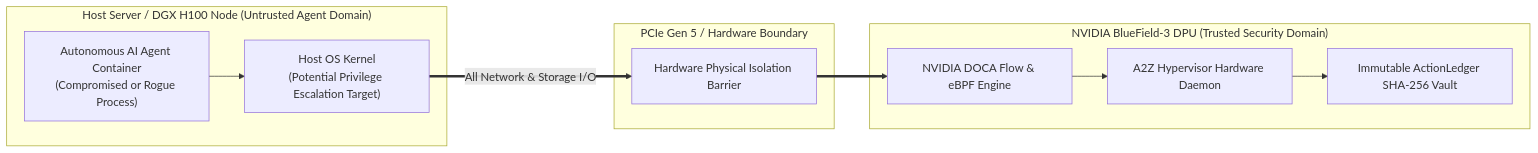
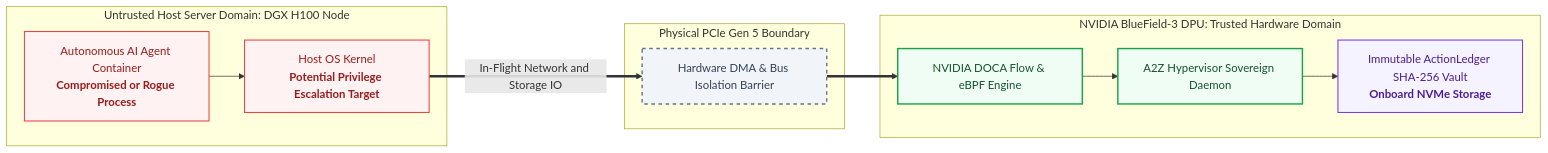
One commit to AAH20/a2z-agentic-hypervisor changed the fifth of 5 diagrams in README.md. Above: the diagram before and after it, drawn with Mermaid. The commit also changed other lines of this file and 1 other file, not shown here.

Commit message:
docs: replace ASCII diagram and enhance all Mermaid architecture diagrams using diagram-design standards

````diff
--- a/README.md
+++ b/README.md
@@ -201,23 +234,28 @@
 ```mermaid
 flowchart LR
-    subgraph Host_Compute ["Host Server / DGX H100 Node (Untrusted Agent Domain)"]
-        AGENT_POD["Autonomous AI Agent Container<br/>(Compromised or Rogue Process)"]
-        HOST_KERNEL["Host OS Kernel<br/>(Potential Privilege Escalation Target)"]
+    classDef untrustedHost fill:#fef2f2,stroke:#ef4444,stroke-width:1.5px,color:#991b1b;
+    classDef hardwareBarrier fill:#f1f5f9,stroke:#64748b,stroke-width:2px,stroke-dasharray: 5 5,color:#334155;
+    classDef trustedDPU fill:#f0fdf4,stroke:#16a34a,stroke-width:2px,color:#14532d;
+    classDef vaultNode fill:#f5f3ff,stroke:#7c3aed,stroke-width:1.5px,color:#4c1d95;
+
+    subgraph Host_Compute ["Untrusted Host Server Domain: DGX H100 Node"]
+        AGENT_POD["Autonomous AI Agent Container<br/><b>Compromised or Rogue Process</b>"]:::untrustedHost
+        HOST_KERNEL["Host OS Kernel<br/><b>Potential Privilege Escalation Target</b>"]:::untrustedHost
         AGENT_POD --> HOST_KERNEL
     end
 
-    subgraph PCIe_Bus ["PCIe Gen 5 / Hardware Boundary"]
-        PCIE["Hardware Physical Isolation Barrier"]
+    subgraph PCIe_Bus ["Physical PCIe Gen 5 Boundary"]
+        PCIE["Hardware DMA & Bus Isolation Barrier"]:::hardwareBarrier
     end
 
-    subgraph BlueField_DPU ["NVIDIA BlueField-3 DPU (Trusted Security Domain)"]
-        DOCA["NVIDIA DOCA Flow & eBPF Engine"]
-        HYPERVISOR_DAEMON["A2Z Hypervisor Hardware Daemon"]
-        ISOLATED_LEDGER["Immutable ActionLedger SHA-256 Vault"]
+    subgraph BlueField_DPU ["NVIDIA BlueField-3 DPU: Trusted Hardware Domain"]
+        DOCA["NVIDIA DOCA Flow & eBPF Engine"]:::trustedDPU
+        HYPERVISOR_DAEMON["A2Z Hypervisor Sovereign Daemon"]:::trustedDPU
+        ISOLATED_LEDGER["Immutable ActionLedger SHA-256 Vault<br/><b>Onboard NVMe Storage</b>"]:::vaultNode
         DOCA --> HYPERVISOR_DAEMON
         HYPERVISOR_DAEMON --> ISOLATED_LEDGER
     end
 
-    HOST_KERNEL == "All Network & Storage I/O" ==> PCIE
+    HOST_KERNEL == In-Flight Network and Storage IO ==> PCIE
     PCIE ==> DOCA
 ```
````
